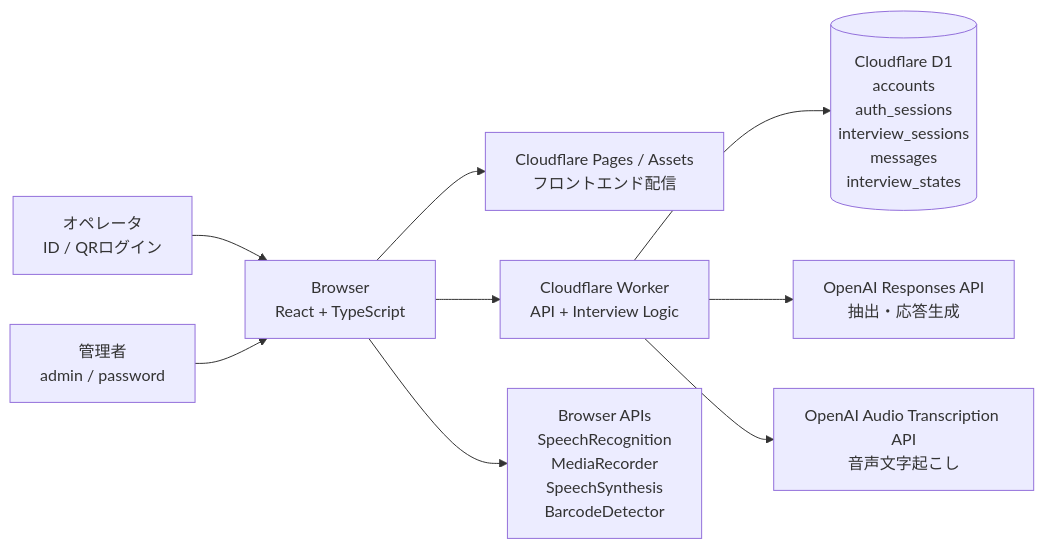
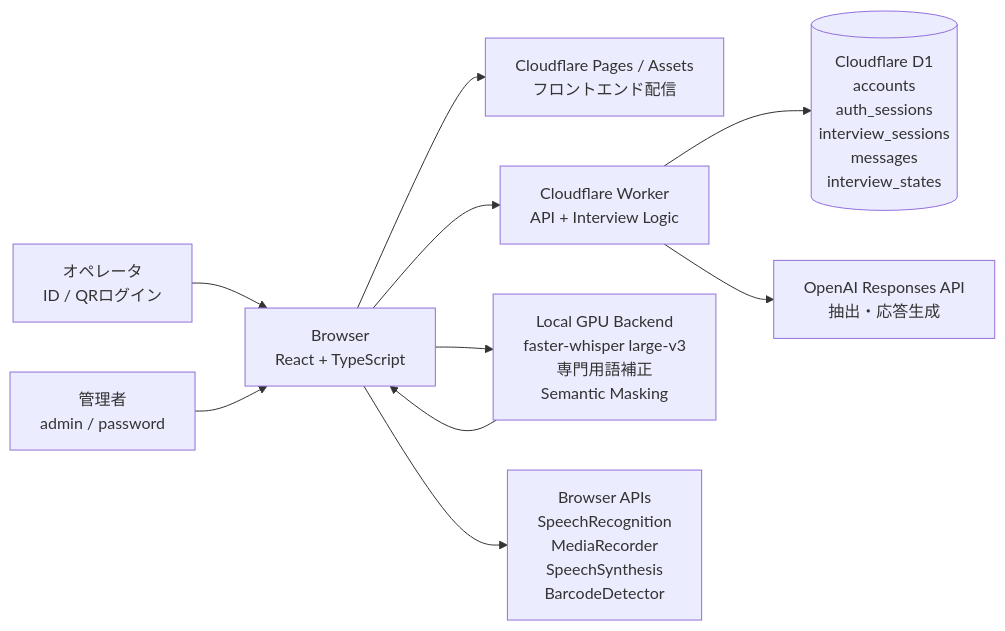
Before and after one commit to Aquamana06/AudioInterview: the first of 5 diagrams in audiointerview/architecture.md, drawn with Mermaid. The commit also changed other lines of this file and 31 other files, not shown here.

````diff
--- a/audiointerview/architecture.md
+++ b/audiointerview/architecture.md
@@ -5,14 +5,15 @@
 ```mermaid
 flowchart LR
   operator[オペレータ<br/>ID / QRログイン] --> browser[Browser<br/>React + TypeScript]
   admin[管理者<br/>admin / password] --> browser
 
   browser --> pages[Cloudflare Pages / Assets<br/>フロントエンド配信]
   browser --> worker[Cloudflare Worker<br/>API + Interview Logic]
 
   worker --> d1[(Cloudflare D1<br/>accounts<br/>auth_sessions<br/>interview_sessions<br/>messages<br/>interview_states)]
   worker --> openaiText[OpenAI Responses API<br/>抽出・応答生成]
-  worker --> openaiAudio[OpenAI Audio Transcription API<br/>音声文字起こし]
+  browser --> localAI[Local GPU Backend<br/>faster-whisper large-v3<br/>専門用語補正<br/>Semantic Masking]
+  localAI --> browser
 
   browser --> speech[Browser APIs<br/>SpeechRecognition<br/>MediaRecorder<br/>SpeechSynthesis<br/>BarcodeDetector]
 ```
````
